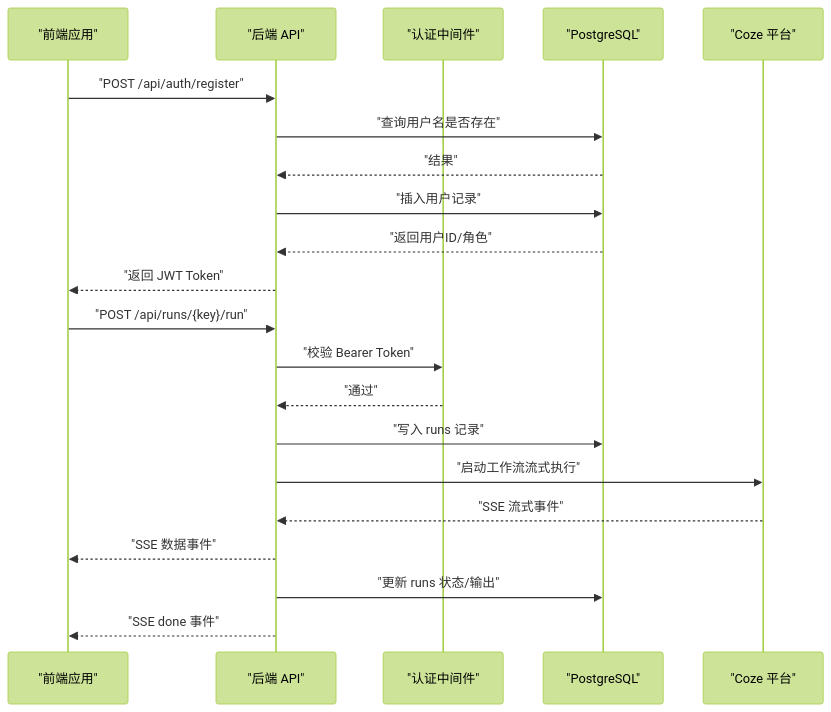
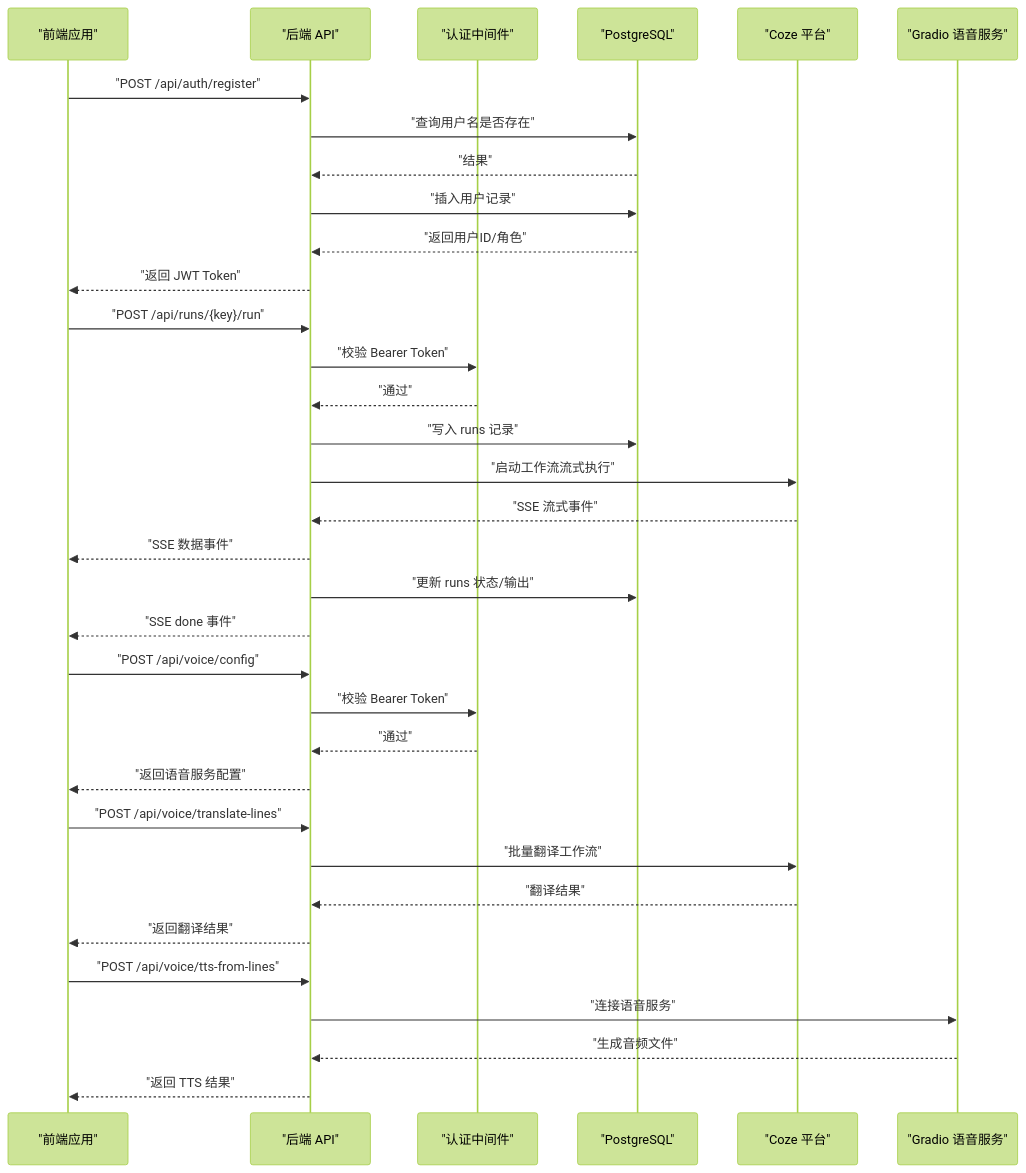
The second of 8 diagrams in .qoder/repowiki/zh/content/API 接口文档/API 接口文档.md (hanksd769-droid/sailshub), drawn with Mermaid (forest theme) before and after one commit. The commit also changed other lines of this file and 6 other files, not shown here.

````diff
--- a/.qoder/repowiki/zh/content/API 接口文档/API 接口文档.md
+++ b/.qoder/repowiki/zh/content/API 接口文档/API 接口文档.md
@@ -127,23 +139,36 @@
 ```mermaid
 sequenceDiagram
 participant FE as "前端应用"
 participant API as "后端 API"
 participant AUTH as "认证中间件"
 participant DB as "PostgreSQL"
 participant COZE as "Coze 平台"
+participant GRADIO as "Gradio 语音服务"
 FE->>API : "POST /api/auth/register"
 API->>DB : "查询用户名是否存在"
 DB-->>API : "结果"
 API->>DB : "插入用户记录"
 DB-->>API : "返回用户ID/角色"
 API-->>FE : "返回 JWT Token"
 FE->>API : "POST /api/runs/{key}/run"
 API->>AUTH : "校验 Bearer Token"
 AUTH-->>API : "通过"
 API->>DB : "写入 runs 记录"
 API->>COZE : "启动工作流流式执行"
 COZE-->>API : "SSE 流式事件"
 API-->>FE : "SSE 数据事件"
 API->>DB : "更新 runs 状态/输出"
 API-->>FE : "SSE done 事件"
+FE->>API : "POST /api/voice/config"
+API->>AUTH : "校验 Bearer Token"
+AUTH-->>API : "通过"
+API-->>FE : "返回语音服务配置"
+FE->>API : "POST /api/voice/translate-lines"
+API->>COZE : "批量翻译工作流"
+COZE-->>API : "翻译结果"
+API-->>FE : "返回翻译结果"
+FE->>API : "POST /api/voice/tts-from-lines"
+API->>GRADIO : "连接语音服务"
+GRADIO-->>API : "生成音频文件"
+API-->>FE : "返回 TTS 结果"
 ```
````
